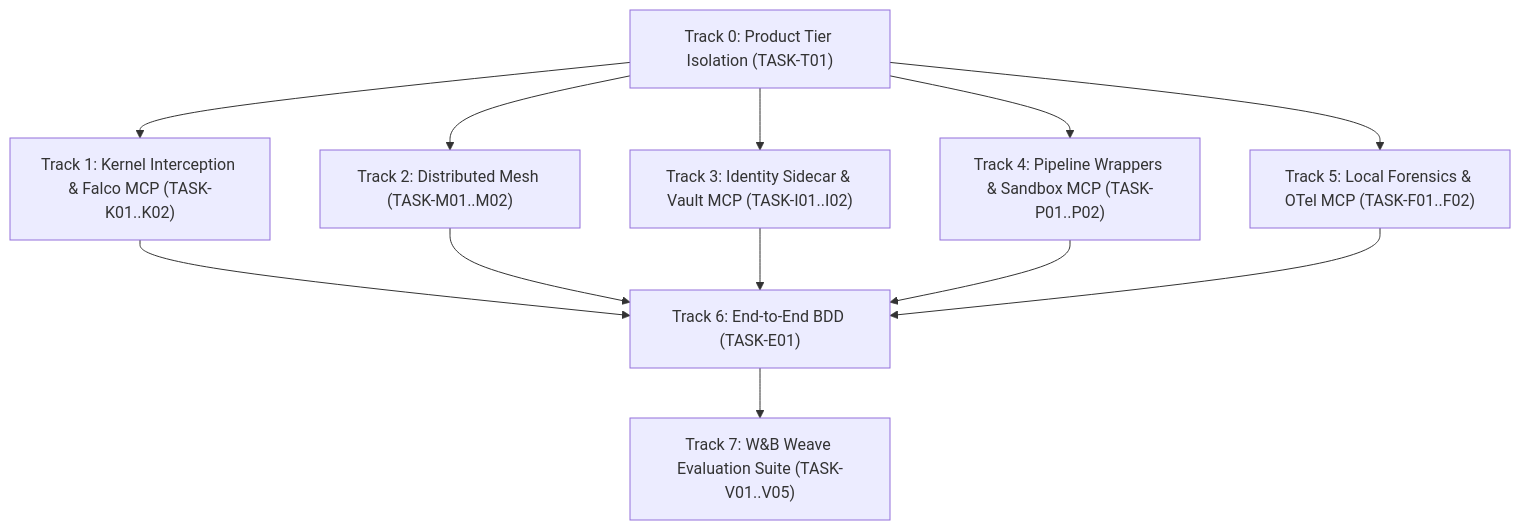
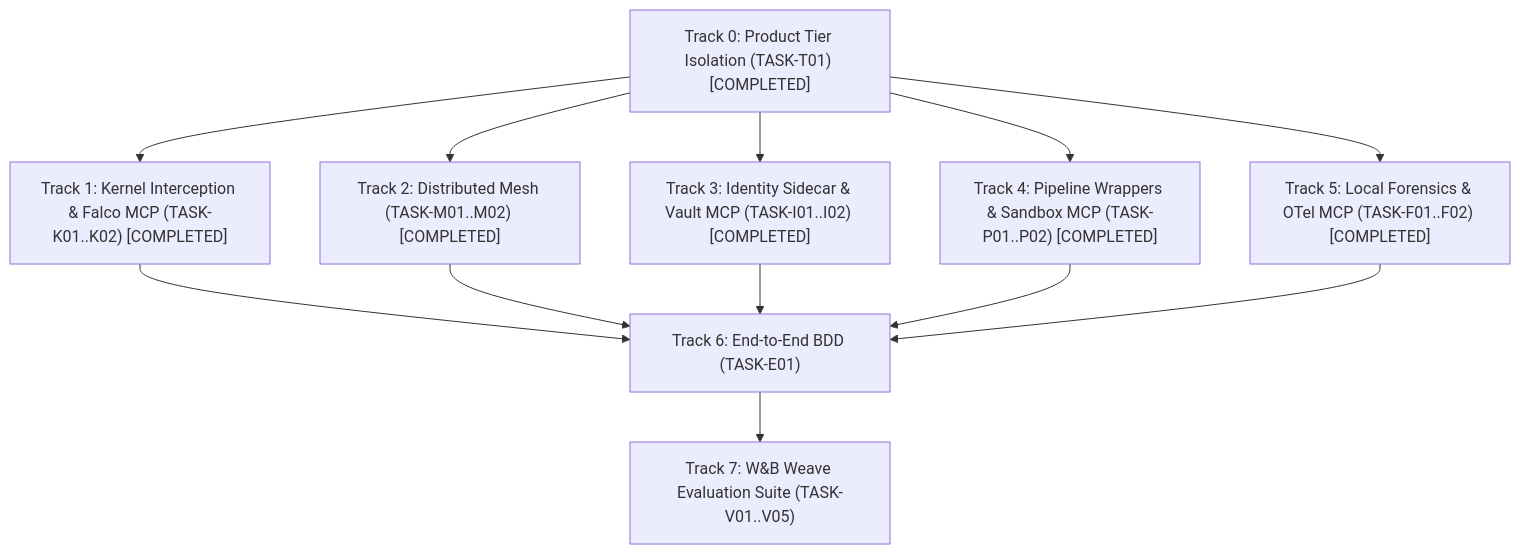
The diagram in .kiro/specs/blackwall-enterprise-security-mesh/tasks.md (JAaron93/Blackwall), drawn with Mermaid before and after one commit. The commit also changed other lines of this file, not shown here.

Commit message:
docs(spec): mark Tracks 0 through 5 as completed in tasks.md

````diff
--- a/.kiro/specs/blackwall-enterprise-security-mesh/tasks.md
+++ b/.kiro/specs/blackwall-enterprise-security-mesh/tasks.md
@@ -9,25 +9,25 @@
 ```mermaid
 graph TD
-    Track0["Track 0: Product Tier Isolation (TASK-T01)"]
-    Track1["Track 1: Kernel Interception & Falco MCP (TASK-K01..K02)"]
-    Track2["Track 2: Distributed Mesh (TASK-M01..M02)"]
-    Track3["Track 3: Identity Sidecar & Vault MCP (TASK-I01..I02)"]
-    Track4["Track 4: Pipeline Wrappers & Sandbox MCP (TASK-P01..P02)"]
-    Track5["Track 5: Local Forensics & OTel MCP (TASK-F01..F02)"]
+    Track0["Track 0: Product Tier Isolation (TASK-T01) [COMPLETED]"]
+    Track1["Track 1: Kernel Interception & Falco MCP (TASK-K01..K02) [COMPLETED]"]
+    Track2["Track 2: Distributed Mesh (TASK-M01..M02) [COMPLETED]"]
+    Track3["Track 3: Identity Sidecar & Vault MCP (TASK-I01..I02) [COMPLETED]"]
+    Track4["Track 4: Pipeline Wrappers & Sandbox MCP (TASK-P01..P02) [COMPLETED]"]
+    Track5["Track 5: Local Forensics & OTel MCP (TASK-F01..F02) [COMPLETED]"]
     Track6["Track 6: End-to-End BDD (TASK-E01)"]
     Track7["Track 7: W&B Weave Evaluation Suite (TASK-V01..V05)"]
 
     Track0 --> Track1
     Track0 --> Track2
     Track0 --> Track3
     Track0 --> Track4
     Track0 --> Track5
     
     Track1 --> Track6
     Track2 --> Track6
     Track3 --> Track6
     Track4 --> Track6
     Track5 --> Track6
     
     Track6 --> Track7
 ```
````
